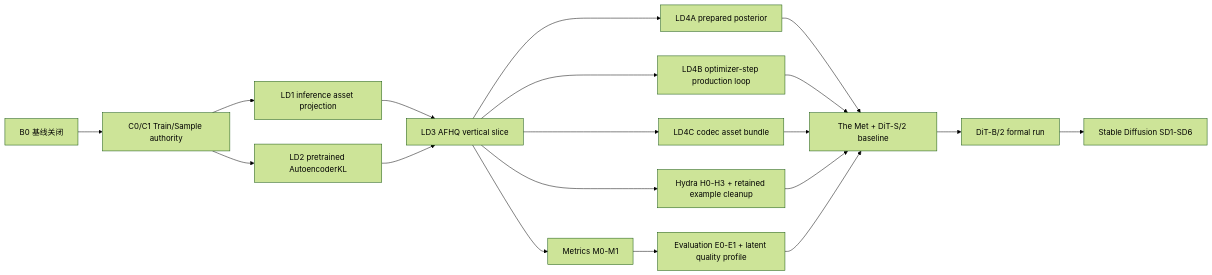
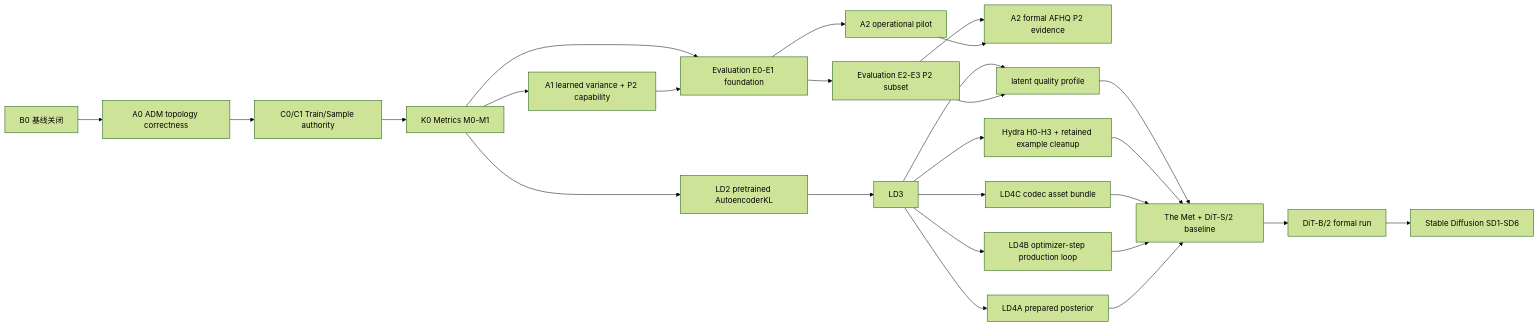
The diagram in docs/development/development-priority-roadmap.md (supermassiveasshole/stochaflow), drawn with Mermaid (forest theme) before and after one commit. The commit also changed other lines of this file and 53 other files, not shown here.

Commit message:
Add embedded inference asset support

````diff
--- a/docs/development/development-priority-roadmap.md
+++ b/docs/development/development-priority-roadmap.md
@@ -70,25 +89,33 @@
 ```mermaid
 flowchart LR
-    B0["B0 基线关闭"] --> C1["C0/C1 Train/Sample authority"]
-    C1 --> A1["LD1 inference asset projection"]
-    C1 --> A2["LD2 pretrained AutoencoderKL"]
-    A1 --> A3["LD3 AFHQ vertical slice"]
-    A2 --> A3
+    B0["B0 基线关闭"] --> ADM0["A0 ADM topology correctness"]
+    ADM0 --> C1["C0/C1 Train/Sample authority"]
+    C1 --> K0["K0 Metrics M0-M1"]
+    K0 --> P2C["A1 learned variance + P2 capability"]
+    K0 --> LD2["LD2 pretrained AutoencoderKL"]
+    LD2 --> LD3
 
-    A3 --> P1["LD4A prepared posterior"]
-    A3 --> P2["LD4B optimizer-step production loop"]
-    A3 --> P3["LD4C codec asset bundle"]
+    P2C --> E01["Evaluation E0-E1 foundation"]
+    K0 --> E01
+    E01 --> P2P["A2 operational pilot"]
+    E01 --> E23["Evaluation E2-E3 P2 subset"]
+    P2P --> P2R["A2 formal AFHQ P2 evidence"]
+    E23 --> P2R
 
-    A3 --> H["Hydra H0-H3 + retained example cleanup"]
-    A3 --> M["Metrics M0-M1"]
-    M --> E["Evaluation E0-E1 + latent quality profile"]
+    LD3 --> P1["LD4A prepared posterior"]
+    LD3 --> P2["LD4B optimizer-step production loop"]
+    LD3 --> P3["LD4C codec asset bundle"]
+
+    LD3 --> H["Hydra H0-H3 + retained example cleanup"]
+    E23 --> E["latent quality profile"]
+    LD3 --> E
 
     P1 --> D["The Met + DiT-S/2 baseline"]
     P2 --> D
     P3 --> D
     H --> D
     E --> D
     D --> DB["DiT-B/2 formal run"]
 
     DB --> SD["Stable Diffusion SD1-SD6"]
 ```
````
